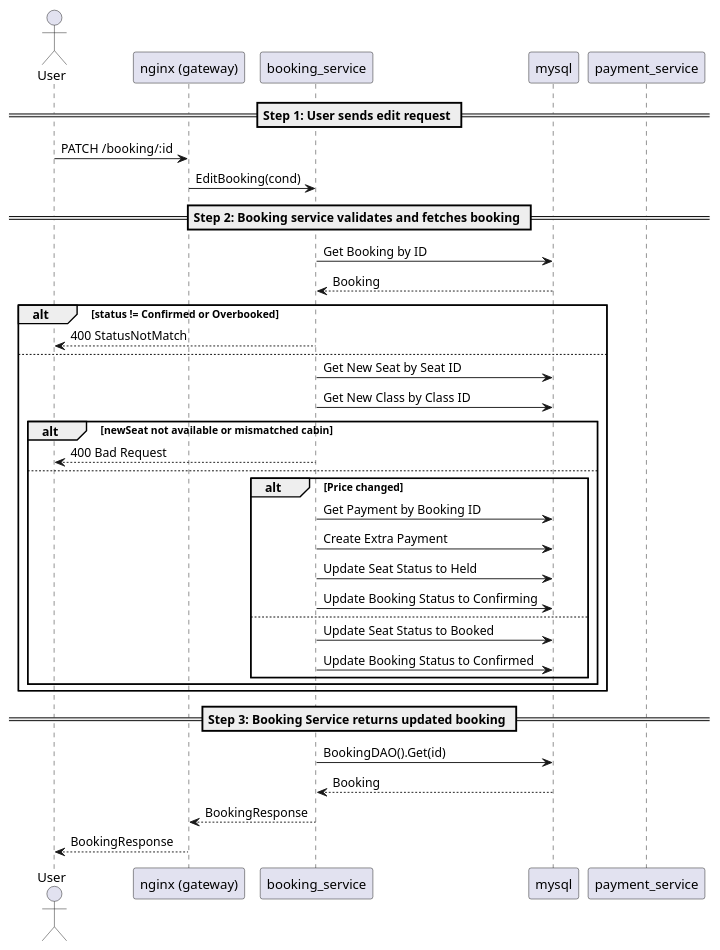
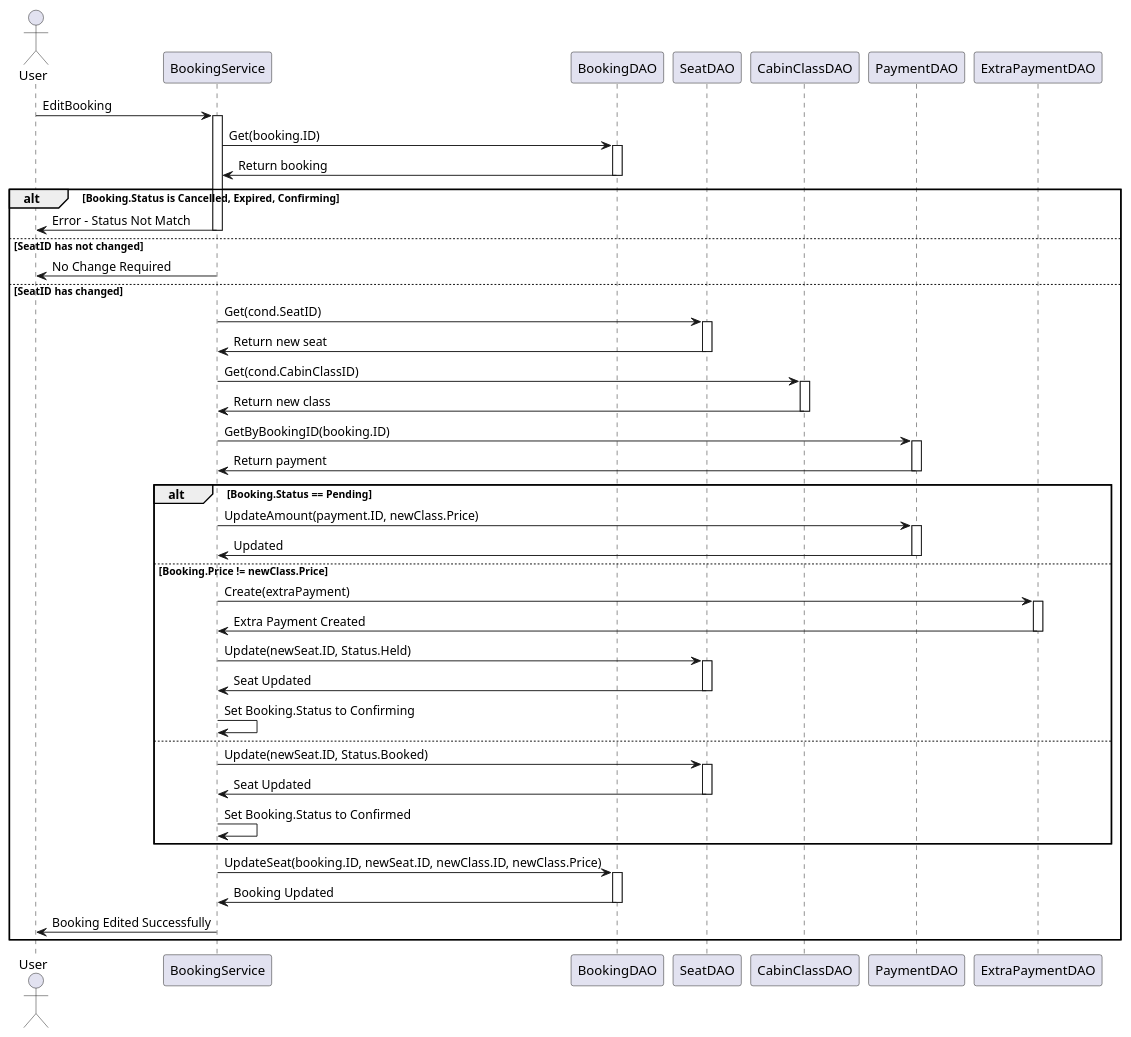
Before and after one commit to HarveyJhuang1010/airplane: the diagram in docs/booking_edit_flow.puml, drawn with PlantUML. The commit also changed other lines of this file and 36 other files, not shown here.

Commit message:
fix: booking and payment

```diff
--- a/docs/booking_edit_flow.puml
+++ b/docs/booking_edit_flow.puml
@@ -1,41 +2,65 @@
 @startuml
 actor User
-participant "nginx (gateway)" as NGINX
-participant "booking_service" as BookingAPI
-participant "mysql" as MySQL
-participant "payment_service" as Payment
+User -> BookingService: EditBooking
+activate BookingService
 
-== Step 1: User sends edit request ==
-User -> NGINX: PATCH /booking/:id
-NGINX -> BookingAPI: EditBooking(cond)
+BookingService -> BookingDAO: Get(booking.ID)
+activate BookingDAO
+BookingDAO -> BookingService: Return booking
+deactivate BookingDAO
 
-== Step 2: Booking service validates and fetches booking ==
-BookingAPI -> MySQL: Get Booking by ID
-MySQL --> BookingAPI: Booking
+alt Booking.Status is Cancelled, Expired, Confirming
+    BookingService -> User: Error - Status Not Match
+    deactivate BookingService
+else SeatID has not changed
+    BookingService -> User: No Change Required
+    deactivate BookingService
+else SeatID has changed
+    BookingService -> SeatDAO: Get(cond.SeatID)
+    activate SeatDAO
+    SeatDAO -> BookingService: Return new seat
+    deactivate SeatDAO
 
-alt status != Confirmed or Overbooked
-    BookingAPI --> User: 400 StatusNotMatch
-else
-    BookingAPI -> MySQL: Get New Seat by Seat ID
-    BookingAPI -> MySQL: Get New Class by Class ID
-    alt newSeat not available or mismatched cabin
-        BookingAPI --> User: 400 Bad Request
+    BookingService -> CabinClassDAO: Get(cond.CabinClassID)
+    activate CabinClassDAO
+    CabinClassDAO -> BookingService: Return new class
+    deactivate CabinClassDAO
+
+    BookingService -> PaymentDAO: GetByBookingID(booking.ID)
+    activate PaymentDAO
+    PaymentDAO -> BookingService: Return payment
+    deactivate PaymentDAO
+
+    alt Booking.Status == Pending
+        BookingService -> PaymentDAO: UpdateAmount(payment.ID, newClass.Price)
+        activate PaymentDAO
+        PaymentDAO -> BookingService: Updated
+        deactivate PaymentDAO
+    else Booking.Price != newClass.Price
+        BookingService -> ExtraPaymentDAO: Create(extraPayment)
+        activate ExtraPaymentDAO
+        ExtraPaymentDAO -> BookingService: Extra Payment Created
+        deactivate ExtraPaymentDAO
+
+        BookingService -> SeatDAO: Update(newSeat.ID, Status.Held)
+        activate SeatDAO
+        SeatDAO -> BookingService: Seat Updated
+        deactivate SeatDAO
+        BookingService -> BookingService: Set Booking.Status to Confirming
     else
-        alt Price changed
-            BookingAPI -> MySQL: Get Payment by Booking ID
-            BookingAPI -> MySQL: Create Extra Payment
-            BookingAPI -> MySQL: Update Seat Status to Held
-            BookingAPI -> MySQL: Update Booking Status to Confirming
-        else
-            BookingAPI -> MySQL: Update Seat Status to Booked
-            BookingAPI -> MySQL: Update Booking Status to Confirmed
-        end
+        BookingService -> SeatDAO: Update(newSeat.ID, Status.Booked)
+        activate SeatDAO
+        SeatDAO -> BookingService: Seat Updated
+        deactivate SeatDAO
+        BookingService -> BookingService: Set Booking.Status to Confirmed
     end
+
+    BookingService -> BookingDAO: UpdateSeat(booking.ID, newSeat.ID, newClass.ID, newClass.Price)
+    activate BookingDAO
+    BookingDAO -> BookingService: Booking Updated
+    deactivate BookingDAO
+    BookingService -> User: Booking Edited Successfully
 end
 
-== Step 3: Booking Service returns updated booking ==
-BookingAPI -> MySQL: BookingDAO().Get(id)
-MySQL --> BookingAPI: Booking
-BookingAPI --> NGINX: BookingResponse
-NGINX --> User: BookingResponse
+deactivate BookingService
 @enduml
```
